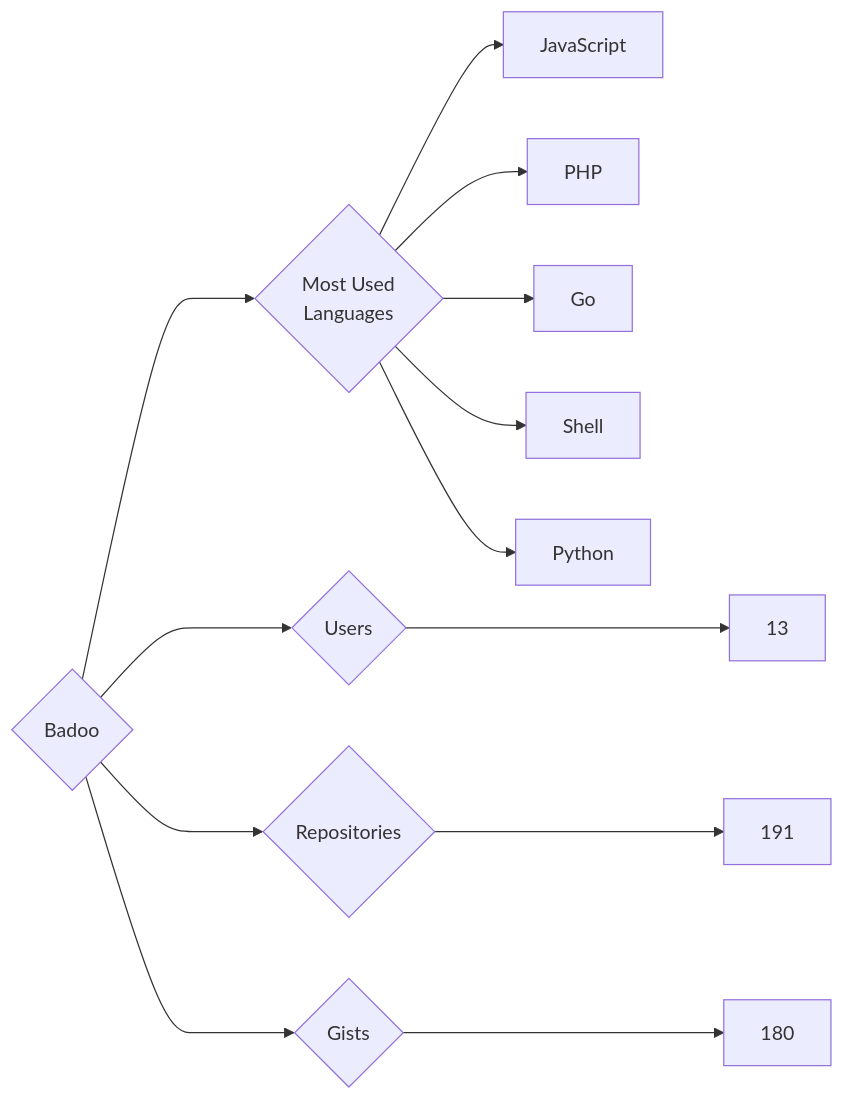
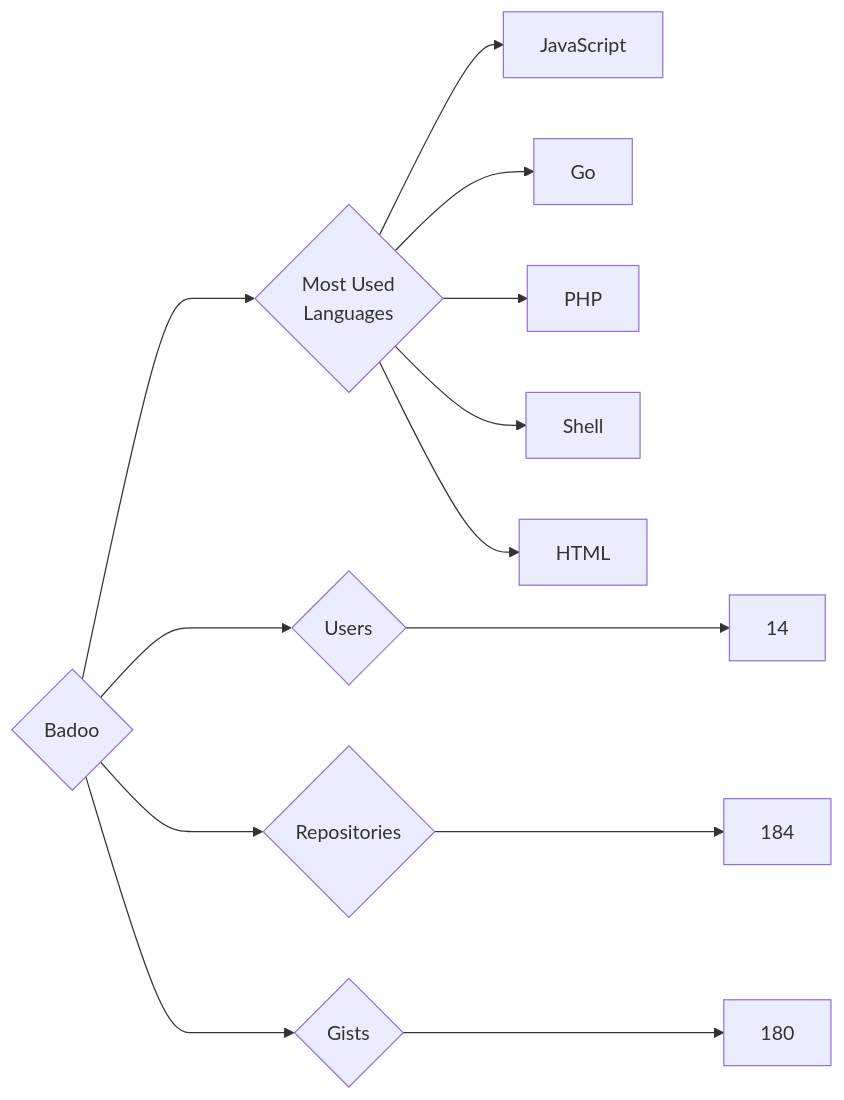
Before and after one commit to trickest/insiders: the diagram in targets/Badoo/README.md, drawn with Mermaid. The commit also changed 757 other files, not shown here.

````diff
--- a/targets/Badoo/README.md
+++ b/targets/Badoo/README.md
@@ -3,13 +3,13 @@
 ```mermaid
 graph LR
 COMPANY_NAME{Badoo}
-COMPANY_NAME ---> U{Users} ---> UN[13]
-COMPANY_NAME ---> R{Repositories} ---> RN[191]
+COMPANY_NAME ---> U{Users} ---> UN[14]
+COMPANY_NAME ---> R{Repositories} ---> RN[184]
 COMPANY_NAME ---> G{Gists} ---> GN[180]
 COMPANY_NAME ---> ML{Most Used<br>Languages}
 ML --> JavaScript[JavaScript]
+ML --> Go[Go]
 ML --> PHP[PHP]
-ML --> Go[Go]
 ML --> Shell[Shell]
-ML --> Python[Python]
+ML --> HTML[HTML]
 ```
````
